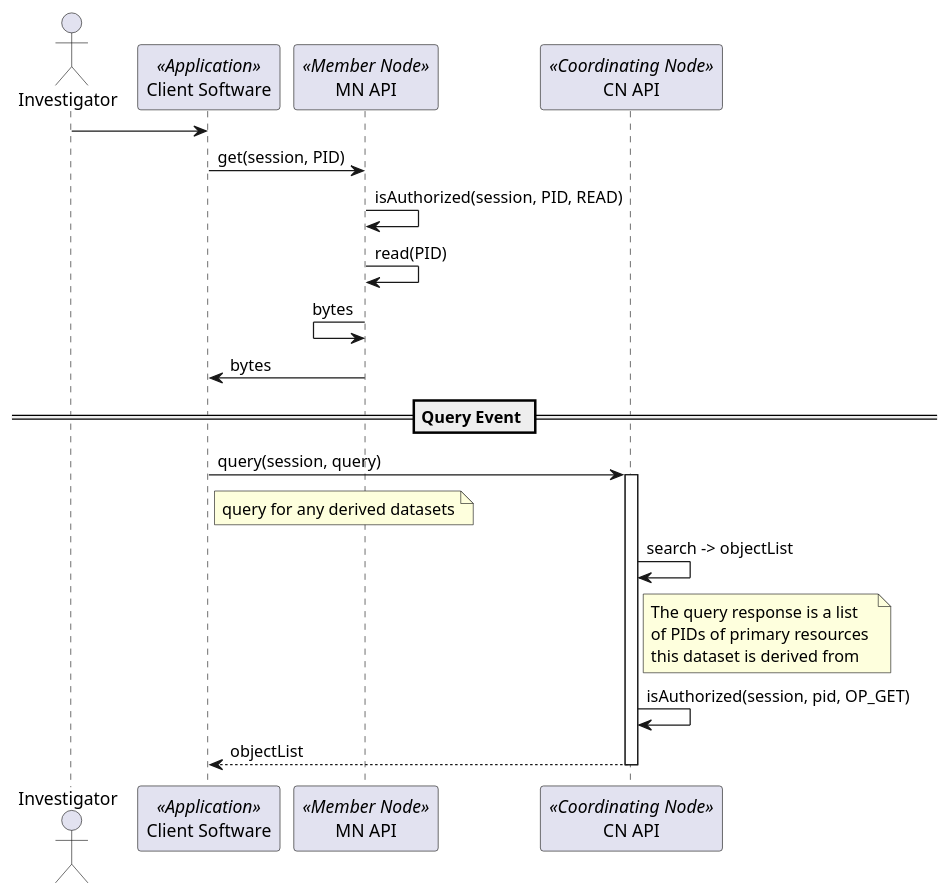
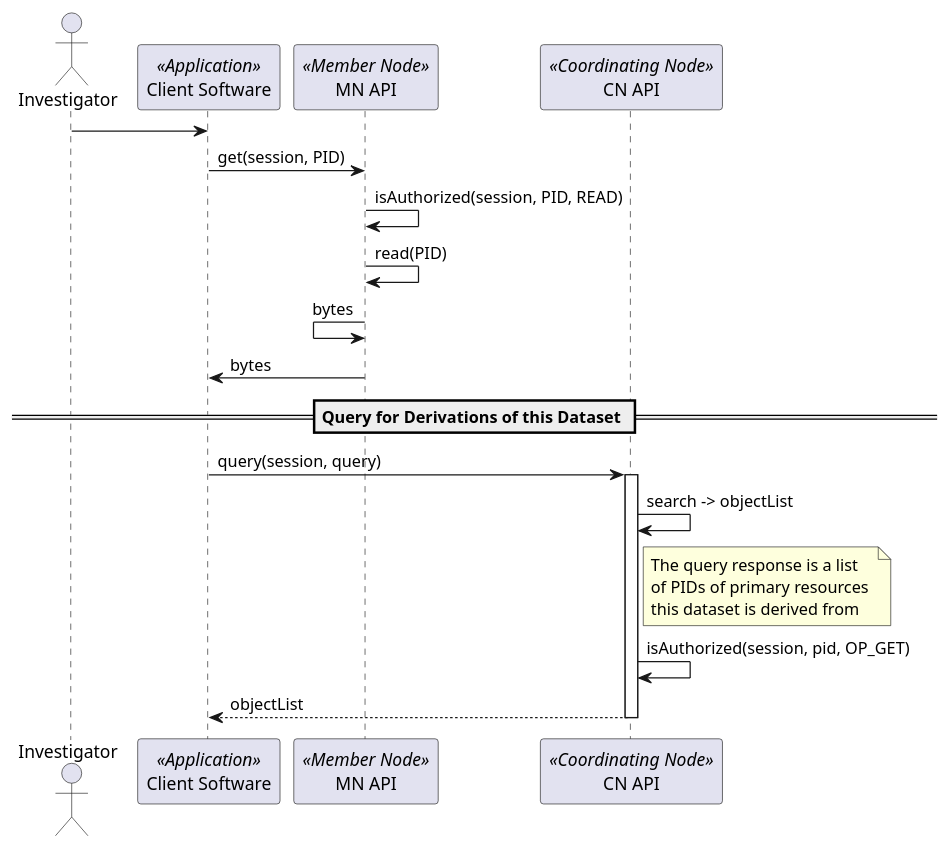
The second of 2 diagrams in docs/use-cases/use-case-42.md (DataONEorg/sem-prov-design), drawn with PlantUML before and after one commit. The commit also changed 1 other file, not shown here.

Commit message:
Describe the query event in use case 42

```diff
--- a/docs/use-cases/use-case-42.md
+++ b/docs/use-cases/use-case-42.md
@@ -32,31 +32,28 @@
 @startuml images/42_seq.png
 	Actor Investigator
    participant "Client Software" as app_client << Application >>
    participant "MN API" as mn_api << Member Node >>
    participant "CN API" as cn_api << Coordinating Node >>
    
    Investigator -> app_client
    
    app_client -> mn_api: get(session, PID)
    mn_api -> mn_api: isAuthorized(session, PID, READ)
      mn_api -> mn_api: read(PID)
      mn_api <- mn_api: bytes
      app_client <- mn_api: bytes
      
-     == Query Event == 
+     == Query for Derivations of this Dataset == 
        
      app_client -> cn_api: query(session, query)
-     note right of app_client
-     query for any derived datasets
-     end note
      activate cn_api
 	   cn_api -> cn_api: search -> objectList
 	   note right of cn_api
 	     The query response is a list 
 	     of PIDs of primary resources 
 	     this dataset is derived from
 	   end note
 	   cn_api -> cn_api: isAuthorized(session, pid, OP_GET)
 	   app_client <-- cn_api: objectList
 	 deactivate cn_api
    @enduml
```
